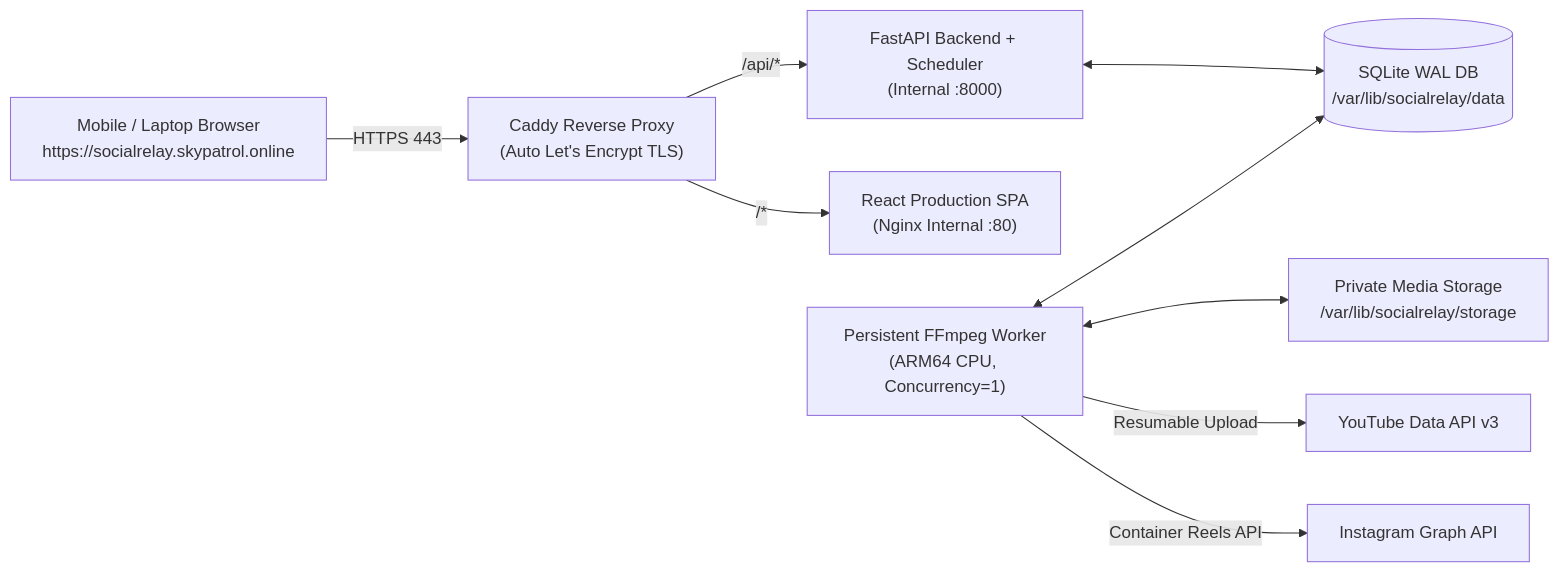
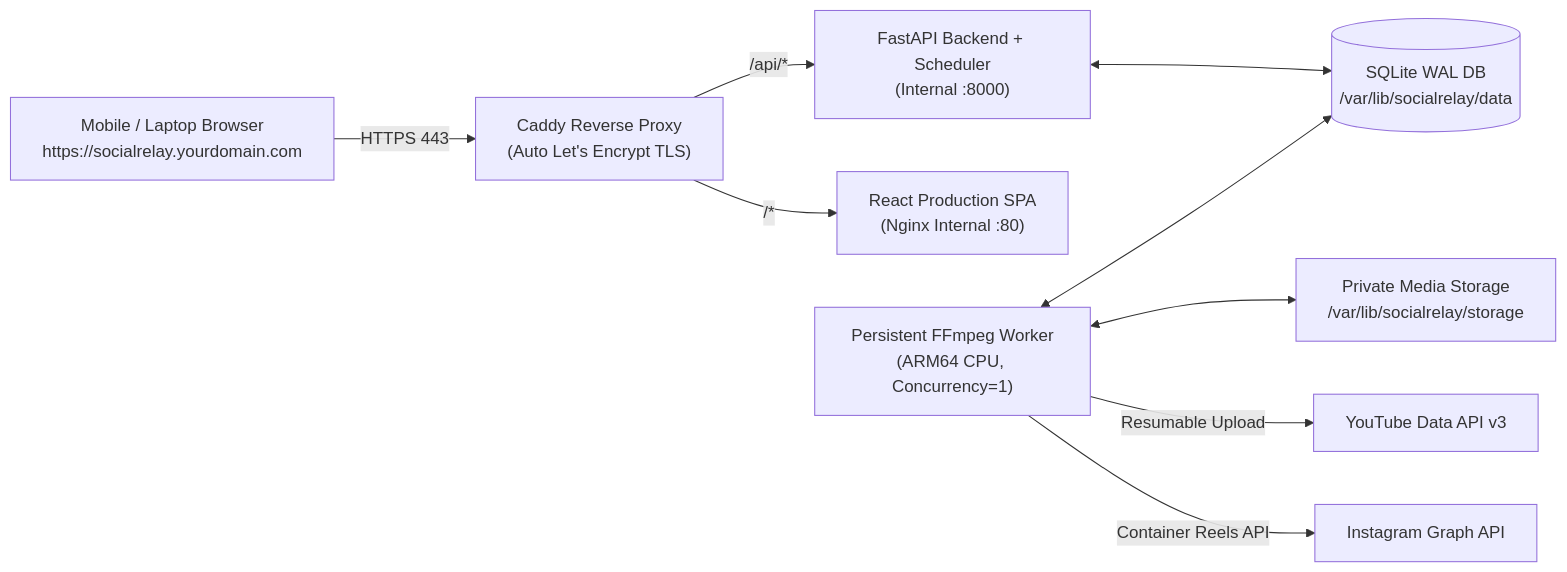
Before and after one commit to J5pecter/insta-to-yt: the diagram in ORACLE-CLOUD-DEPLOYMENT.md, drawn with Mermaid. The commit also changed other lines of this file and 5 other files, not shown here.

````diff
--- a/ORACLE-CLOUD-DEPLOYMENT.md
+++ b/ORACLE-CLOUD-DEPLOYMENT.md
@@ -9,11 +9,11 @@
 ```mermaid
 flowchart LR
-    User["Mobile / Laptop Browser\nhttps://socialrelay.skypatrol.online"] -->|"HTTPS 443"| Caddy["Caddy Reverse Proxy\n(Auto Let's Encrypt TLS)"]
+    User["Mobile / Laptop Browser\nhttps://socialrelay.yourdomain.com"] -->|"HTTPS 443"| Caddy["Caddy Reverse Proxy\n(Auto Let's Encrypt TLS)"]
     Caddy -->|"/api/*"| API["FastAPI Backend + Scheduler\n(Internal :8000)"]
     Caddy -->|"/*"| Web["React Production SPA\n(Nginx Internal :80)"]
     API <--> DB[("SQLite WAL DB\n/var/lib/socialrelay/data")]
     Worker["Persistent FFmpeg Worker\n(ARM64 CPU, Concurrency=1)"] <--> DB
     Worker <--> Storage["Private Media Storage\n/var/lib/socialrelay/storage"]
     Worker -->|"Resumable Upload"| YT["YouTube Data API v3"]
     Worker -->|"Container Reels API"| IG["Instagram Graph API"]
 ```
````
